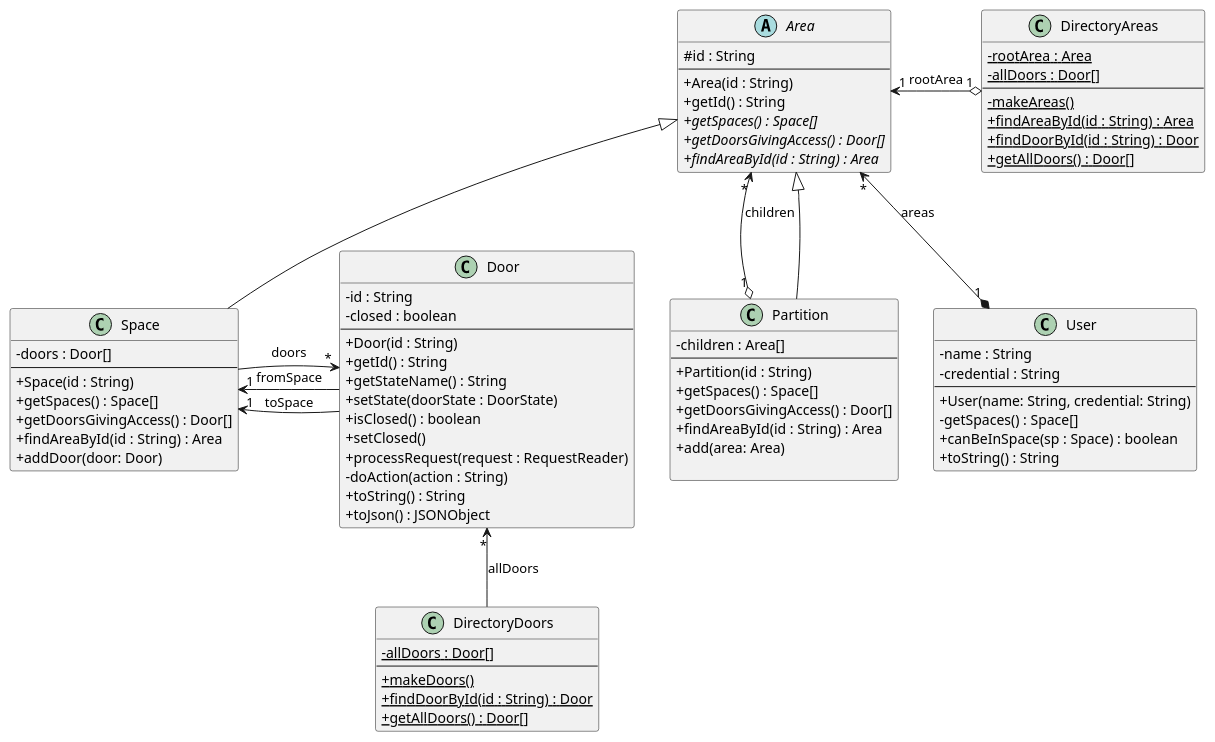
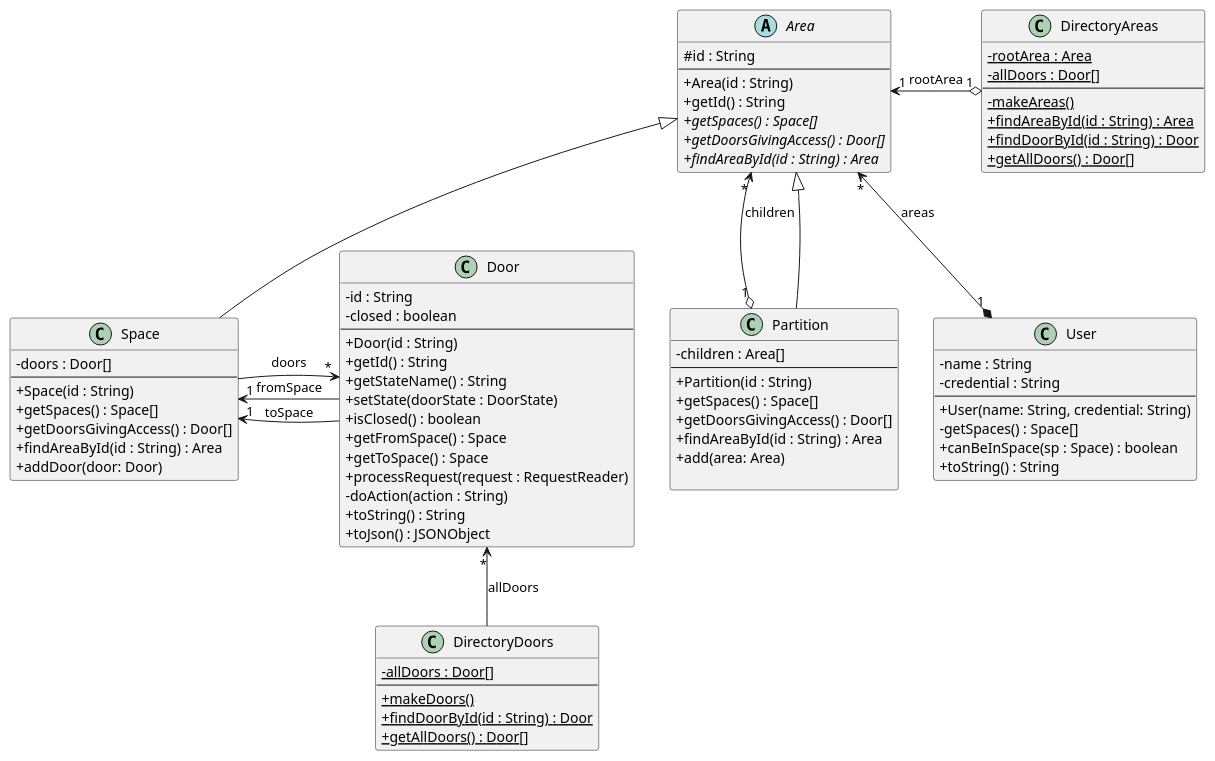
The diagram in src/baseNoStates/uml/DirectoryAreas.puml (conststh/DSW_ACS), drawn with PlantUML before and after one commit. The commit also changed 5 other files, not shown here.

```diff
--- a/src/baseNoStates/uml/DirectoryAreas.puml
+++ b/src/baseNoStates/uml/DirectoryAreas.puml
@@ -1,93 +1,94 @@
 @startuml
 skinparam classAttributeIconSize 0
 
 class DirectoryAreas{
 {static} -rootArea : Area
 {static} -allDoors : Door[]
 ---
 {static} -makeAreas()
 {static} +findAreaById(id : String) : Area
 {static} +findDoorById(id : String) : Door
 {static} +getAllDoors() : Door[]
 }
 
 abstract class Area {
 #id : String
 ---
 +Area(id : String)
 +getId() : String
 {abstract} +getSpaces() : Space[]
 {abstract} +getDoorsGivingAccess() : Door[]
 {abstract} +findAreaById(id : String) : Area
 }
 
 class Partition {
 -children : Area[]
 ---
 +Partition(id : String)
 +getSpaces() : Space[]
 +getDoorsGivingAccess() : Door[]
 +findAreaById(id : String) : Area
 +add(area: Area)
 
 }
 
 class Space {
 -doors : Door[]
 ---
 +Space(id : String)
 +getSpaces() : Space[]
 +getDoorsGivingAccess() : Door[]
 +findAreaById(id : String) : Area
 +addDoor(door: Door)
 }
 
 class User {
 - name : String
 - credential : String
 ---
 +User(name: String, credential: String)
 -getSpaces() : Space[]
 +canBeInSpace(sp : Space) : boolean
 + toString() : String
 }
 
 class DirectoryDoors {
 - {static} allDoors : Door[]
 ---
 + {static} makeDoors()
 + {static} findDoorById(id : String) : Door
 + {static} getAllDoors() : Door[]
 }
 
 class Door {
 - id : String
 - closed : boolean
 ---
 + Door(id : String)
 + getId() : String
 + getStateName() : String
 + setState(doorState : DoorState)
 + isClosed() : boolean
-+ setClosed()
++ getFromSpace() : Space
++ getToSpace() : Space
 + processRequest(request : RequestReader)
 - doAction(action : String)
 + toString() : String
 + toJson() : JSONObject
 }
 
 
 '---RELATIONS---
 Area "*" <--* "1" User : "areas"
 Area "1" <-o  "1" DirectoryAreas  : "rootArea"
 Space "1" <- Door : "toSpace"
 Space "1" <- Door : "fromSpace"
 Door "*" <- Space : "doors"
 Door "*" <-- DirectoryDoors : "allDoors"
 Area "*" <--o "1" Partition : children
 
 Area <|-- Partition
 Area <|-- Space
 '------------
 
 @enduml
```
